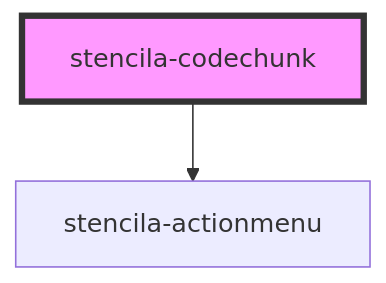
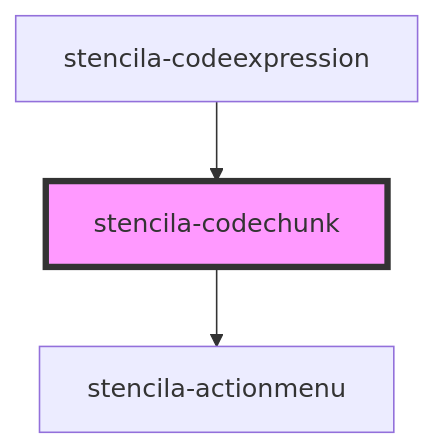
Before and after one commit to stencila/designa: the diagram in packages/components/src/components/codeChunk/readme.md, drawn with Mermaid. The commit also changed other lines of this file and 6 other files, not shown here.

````diff
--- a/packages/components/src/components/codeChunk/readme.md
+++ b/packages/components/src/components/codeChunk/readme.md
@@ -27,5 +31,6 @@
 ```mermaid
 graph TD;
   stencila-codechunk --> stencila-actionmenu
+  stencila-codeexpression --> stencila-codechunk
   style stencila-codechunk fill:#f9f,stroke:#333,stroke-width:4px
 ```
````
